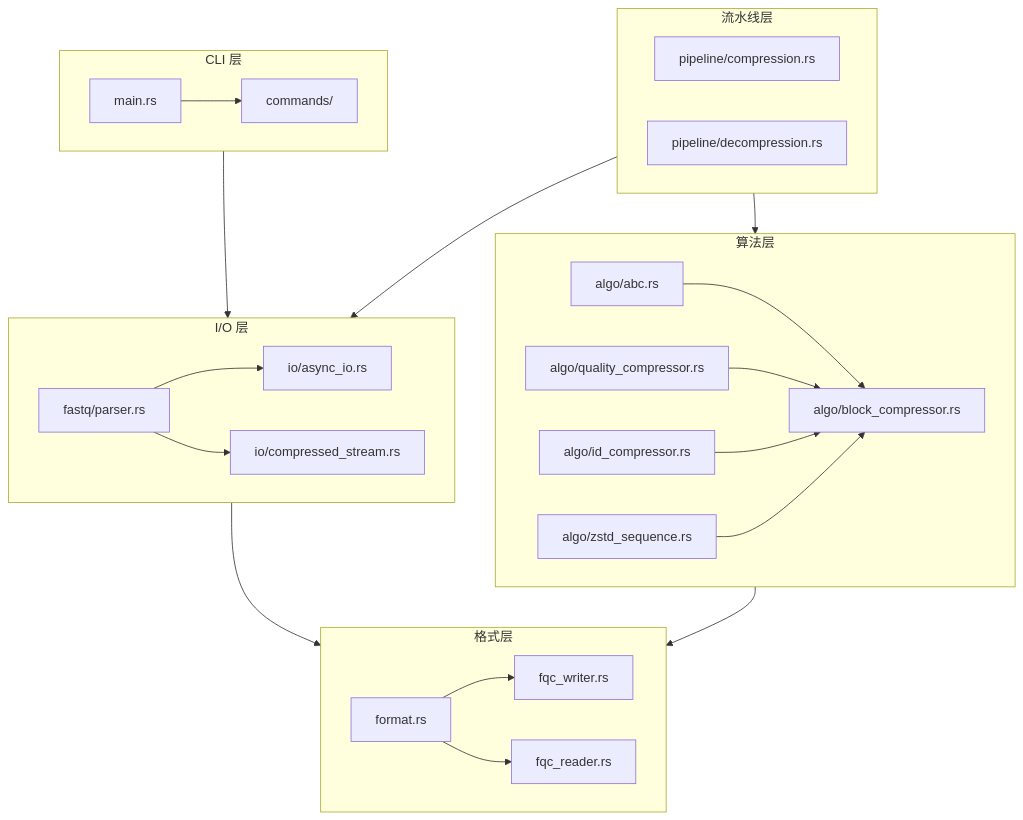
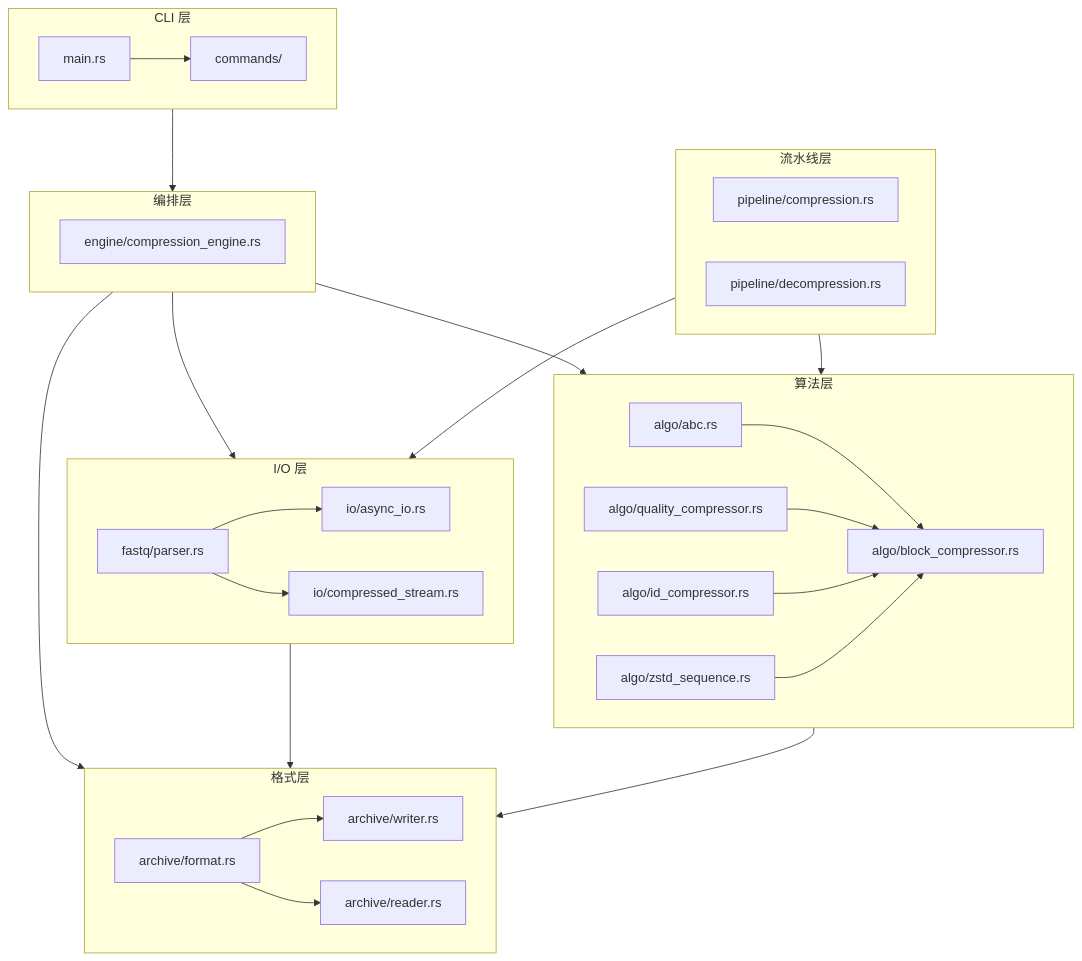
One commit to open-genomics/fq-compressor-rust changed the first of 2 diagrams in docs/architecture/index.md. Above: the diagram before and after it, drawn with Mermaid. The commit also changed 47 other files, not shown here.

````diff
--- a/docs/architecture/index.md
+++ b/docs/architecture/index.md
@@ -7,34 +7,41 @@
 ```mermaid
 flowchart TD
     subgraph CLI["CLI 层"]
         M[main.rs] --> CMD[commands/]
     end
     
     subgraph IO["I/O 层"]
         FP[fastq/parser.rs] --> ASYNC[io/async_io.rs]
         FP --> CS[io/compressed_stream.rs]
     end
     
     subgraph FORMAT["格式层"]
-        FR[format.rs] --> FW[fqc_writer.rs]
-        FR --> FR2[fqc_reader.rs]
+        FR[archive/format.rs] --> FW[archive/writer.rs]
+        FR --> FR2[archive/reader.rs]
+    end
+    
+    subgraph ENGINE["编排层"]
+        CE[engine/compression_engine.rs]
     end
     
     subgraph ALGO["算法层"]
         ABC[algo/abc.rs] --> BC[algo/block_compressor.rs]
         QC[algo/quality_compressor.rs] --> BC
         IC[algo/id_compressor.rs] --> BC
         ZS[algo/zstd_sequence.rs] --> BC
     end
     
     subgraph PIPELINE["流水线层"]
         PL_COMP[pipeline/compression.rs]
         PL_DECOMP[pipeline/decompression.rs]
     end
     
-    CLI --> IO
+    CLI --> ENGINE
+    ENGINE --> IO
+    ENGINE --> ALGO
+    ENGINE --> FORMAT
     IO --> FORMAT
     ALGO --> FORMAT
     PIPELINE --> ALGO
     PIPELINE --> IO
 ```
````
